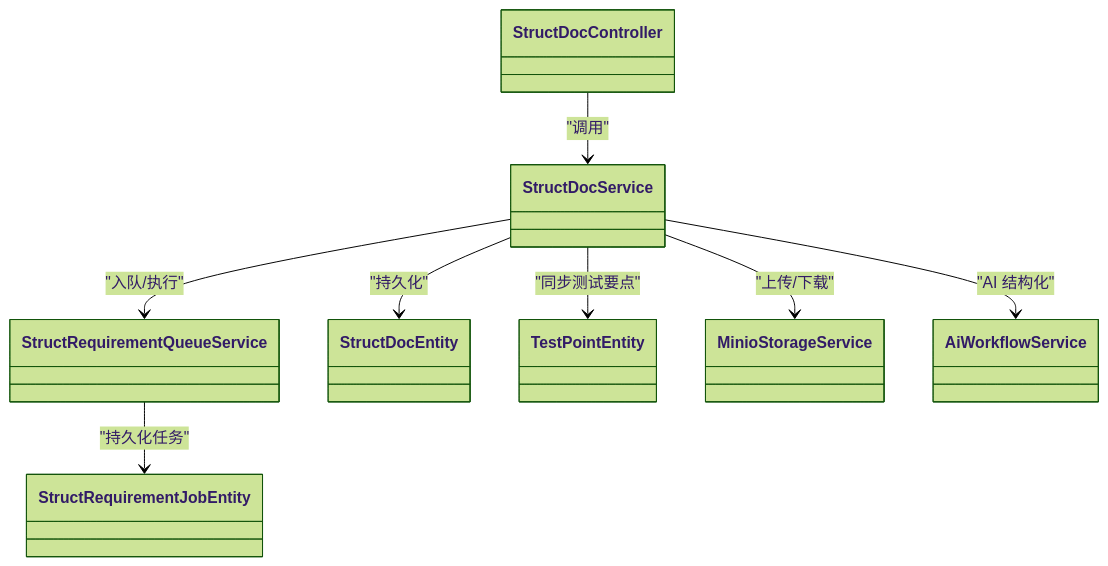
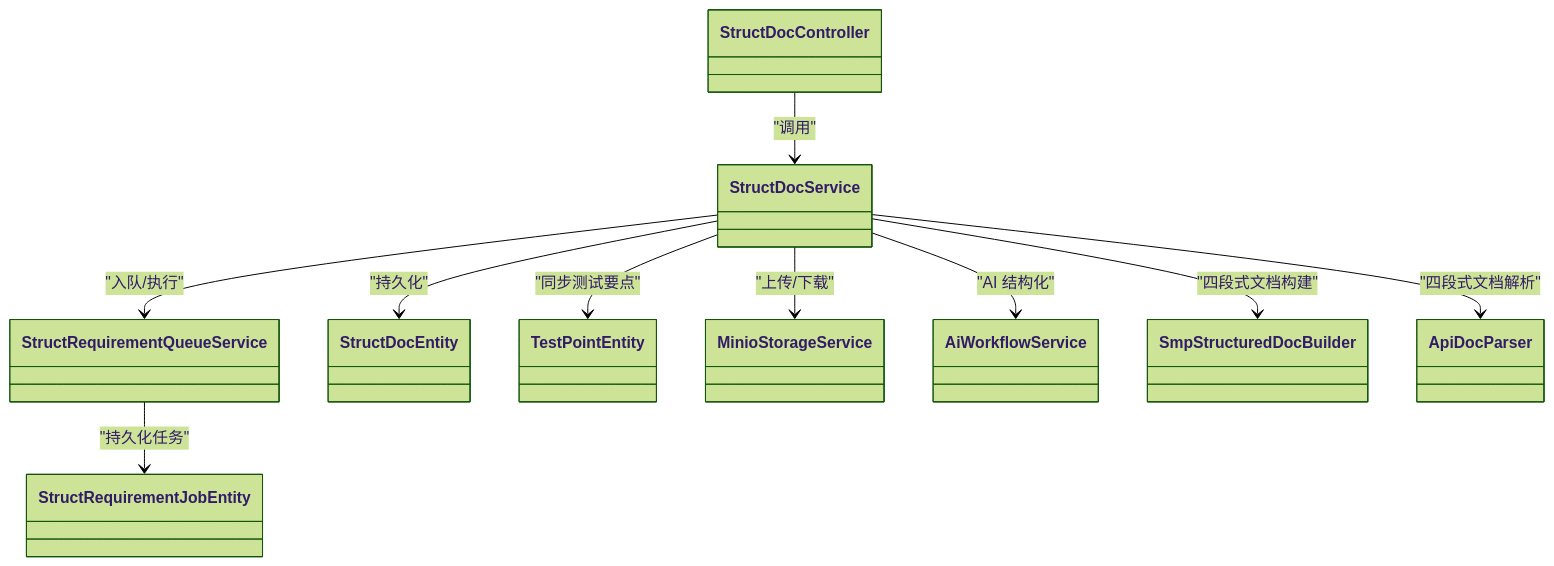
Before and after one commit to Lichhu/caseForge: the third of 3 diagrams in .qoder/repowiki/zh/content/核心功能模块/结构化文档模块.md, drawn with Mermaid (forest theme). The commit also changed other lines of this file and 8 other files, not shown here.

````diff
--- a/.qoder/repowiki/zh/content/核心功能模块/结构化文档模块.md
+++ b/.qoder/repowiki/zh/content/核心功能模块/结构化文档模块.md
@@ -233,18 +270,22 @@
 ```mermaid
 classDiagram
 class StructDocController
 class StructDocService
 class StructRequirementQueueService
 class StructDocEntity
 class StructRequirementJobEntity
 class TestPointEntity
 class MinioStorageService
 class AiWorkflowService
+class SmpStructuredDocBuilder
+class ApiDocParser
 StructDocController --> StructDocService : "调用"
 StructDocService --> StructRequirementQueueService : "入队/执行"
 StructDocService --> MinioStorageService : "上传/下载"
 StructDocService --> AiWorkflowService : "AI 结构化"
+StructDocService --> SmpStructuredDocBuilder : "四段式文档构建"
+StructDocService --> ApiDocParser : "四段式文档解析"
 StructDocService --> StructDocEntity : "持久化"
 StructDocService --> TestPointEntity : "同步测试要点"
 StructRequirementQueueService --> StructRequirementJobEntity : "持久化任务"
 ```
````
